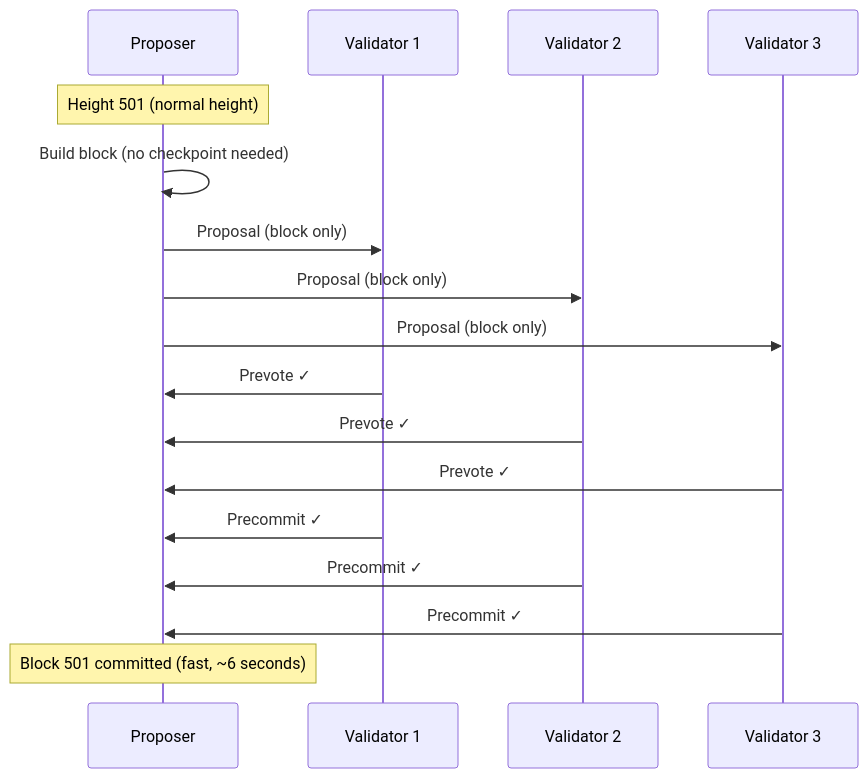
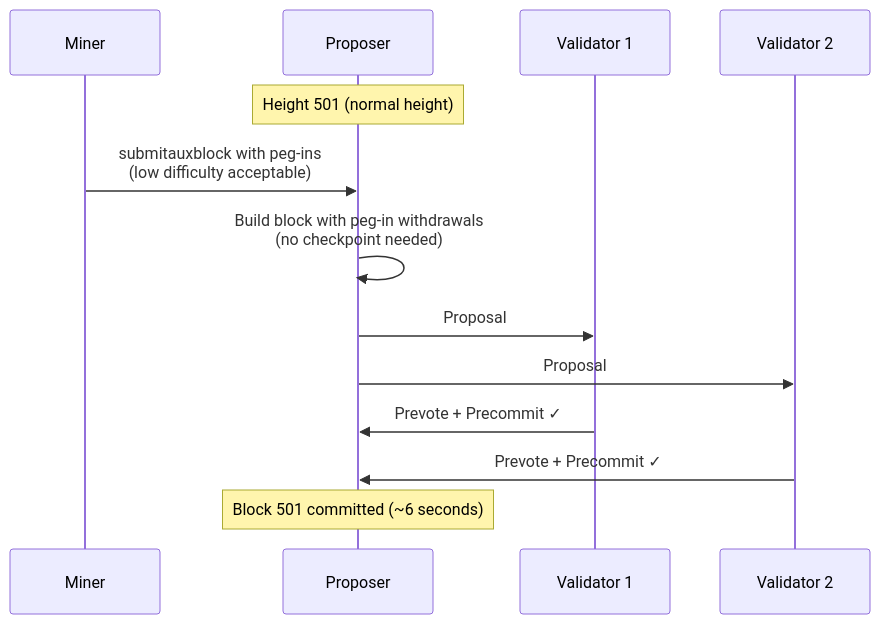
The fifth of 8 diagrams in docs/v2_alpha/tendermint_implementation/16_AUXPOW_TENDERMINT_INTEGRATION.md (AnduroProject/alys), drawn with Mermaid before and after one commit. The commit also changed other lines of this file and 4 other files, not shown here.

First line of the commit message:
feat(docs): add governance parameters framework and miner peg-in compensation

````diff
--- a/docs/v2_alpha/tendermint_implementation/16_AUXPOW_TENDERMINT_INTEGRATION.md
+++ b/docs/v2_alpha/tendermint_implementation/16_AUXPOW_TENDERMINT_INTEGRATION.md
@@ -494,24 +555,20 @@
 ```mermaid
 sequenceDiagram
+    participant M as Miner
     participant P as Proposer
     participant V1 as Validator 1
     participant V2 as Validator 2
-    participant V3 as Validator 3
 
     Note over P: Height 501 (normal height)
 
-    P->>P: Build block (no checkpoint needed)
-    P->>V1: Proposal (block only)
-    P->>V2: Proposal (block only)
-    P->>V3: Proposal (block only)
+    M->>P: submitauxblock with peg-ins<br/>(low difficulty acceptable)
+    P->>P: Build block with peg-in withdrawals<br/>(no checkpoint needed)
 
-    V1->>P: Prevote ✓
-    V2->>P: Prevote ✓
-    V3->>P: Prevote ✓
+    P->>V1: Proposal
+    P->>V2: Proposal
 
-    V1->>P: Precommit ✓
-    V2->>P: Precommit ✓
-    V3->>P: Precommit ✓
+    V1->>P: Prevote + Precommit ✓
+    V2->>P: Prevote + Precommit ✓
 
-    Note over P: Block 501 committed (fast, ~6 seconds)
+    Note over P: Block 501 committed (~6 seconds)
 ```
````
